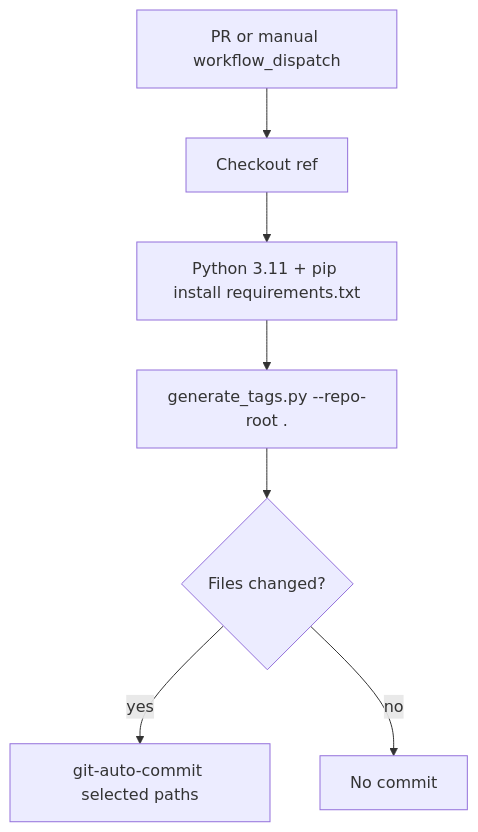
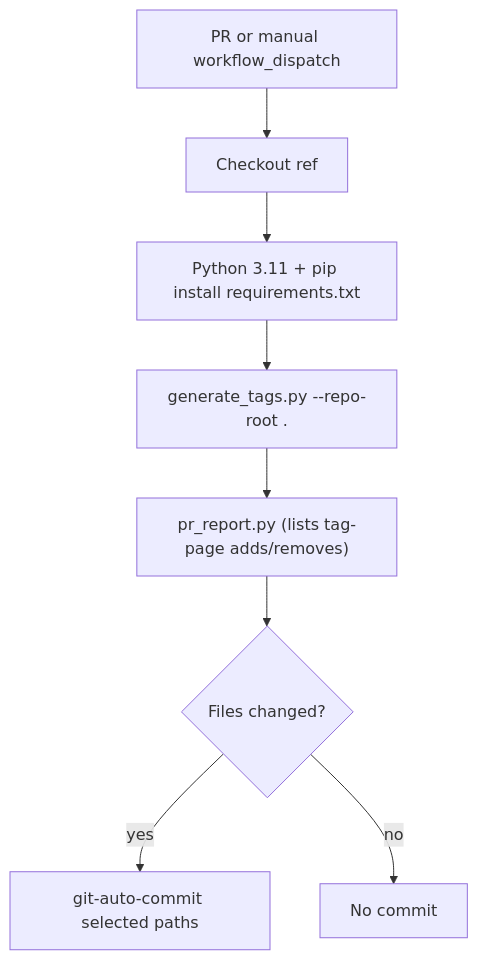
One commit to wandb/docs changed the second of 4 diagrams in scripts/knowledgebase-nav/Architecture.md. Above: the diagram before and after it, drawn with Mermaid. The commit also changed other lines of this file and 7 other files, not shown here.

````diff
--- a/scripts/knowledgebase-nav/Architecture.md
+++ b/scripts/knowledgebase-nav/Architecture.md
@@ -41,9 +41,10 @@
 ```mermaid
 flowchart TD
   A[PR or manual workflow_dispatch] --> B[Checkout ref]
   B --> C[Python 3.11 + pip install requirements.txt]
   C --> D["generate_tags.py --repo-root ."]
-  D --> E{Files changed?}
+  D --> R["pr_report.py (lists tag-page adds/removes)"]
+  R --> E{Files changed?}
   E -->|yes| F[git-auto-commit selected paths]
   E -->|no| G[No commit]
 ```
````
